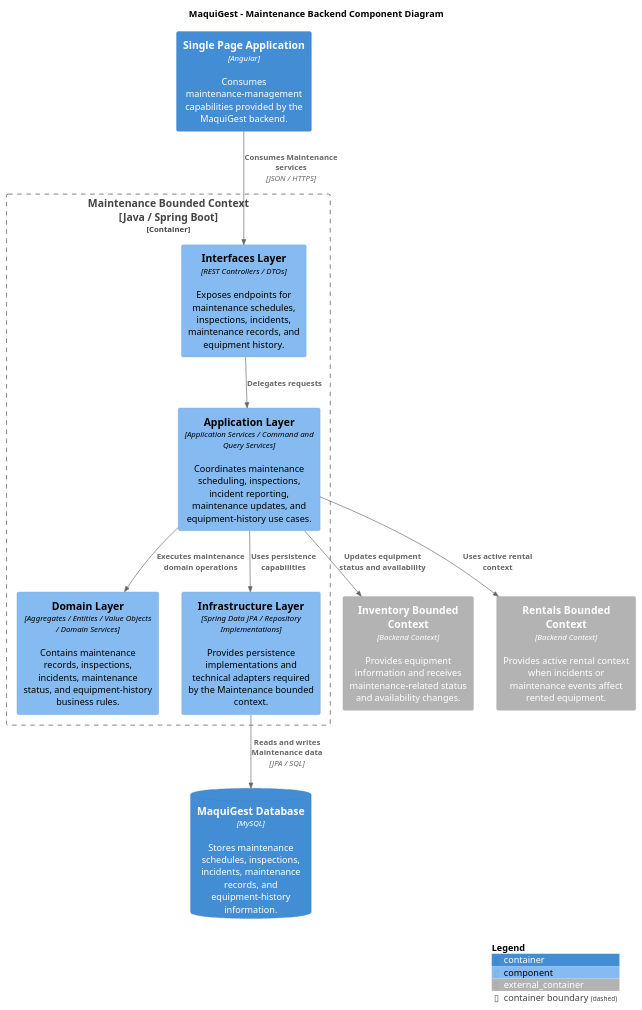
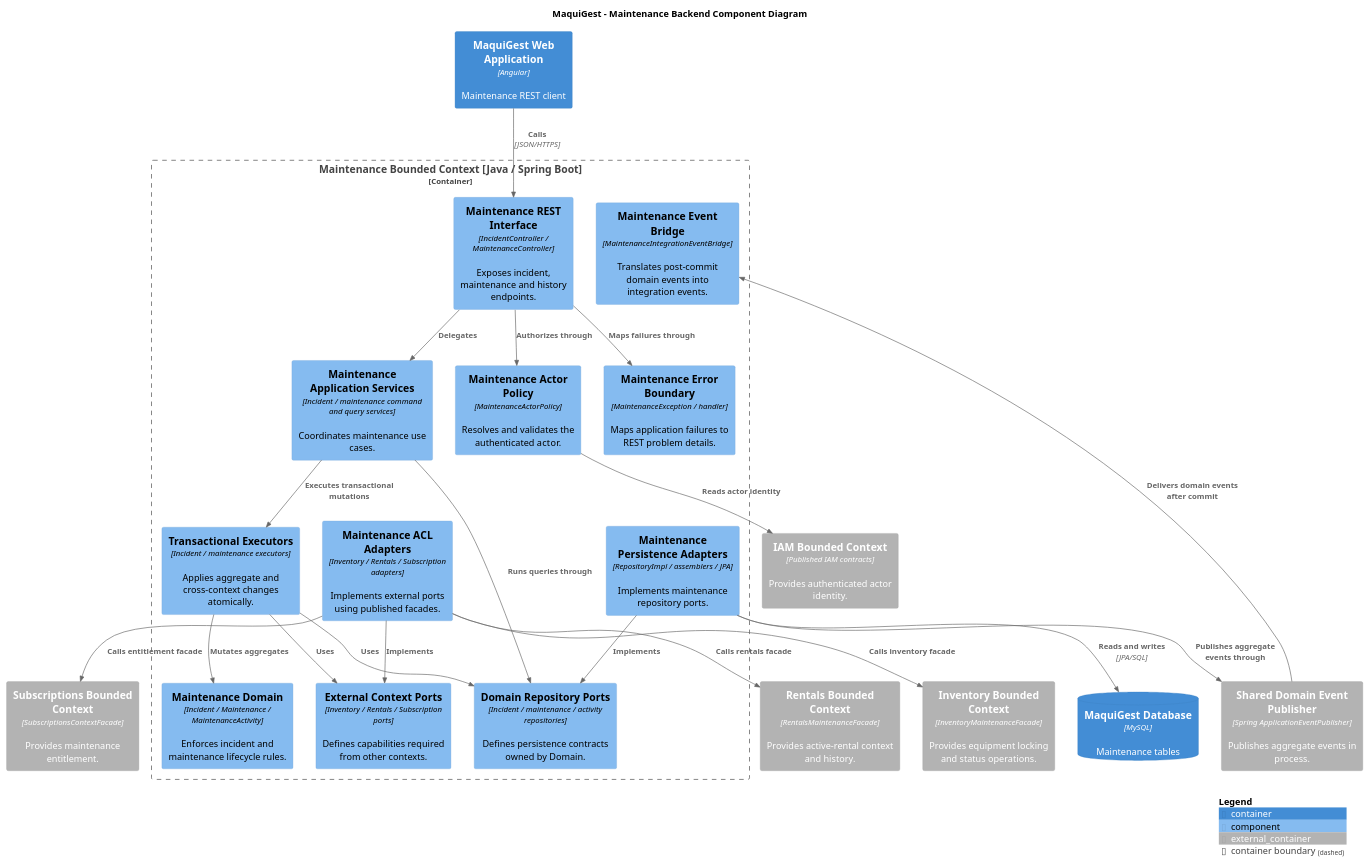
The diagram in assets/plantuml/chapter-4/c4/component/backend/maquigest-backend-maintenance-component-diagram.puml (upc-pre-202620-1asi0729-7750-cleancode/maquigest-report), drawn with PlantUML before and after one commit. The commit also changed 13 other files, not shown here.

Commit message:
fix(docs): update backend component diagrams assets

```diff
--- a/assets/plantuml/chapter-4/c4/component/backend/maquigest-backend-maintenance-component-diagram.puml
+++ b/assets/plantuml/chapter-4/c4/component/backend/maquigest-backend-maintenance-component-diagram.puml
@@ -1,40 +1,43 @@
 @startuml
-
-!include https://raw.githubusercontent.com/plantuml-stdlib/C4-PlantUML/master/C4_Component.puml
-
+!include _includes/C4_Component.puml
 title MaquiGest - Maintenance Backend Component Diagram
-
-Container(spa, "Single Page Application", "Angular", "Consumes maintenance-management capabilities provided by the MaquiGest backend.")
-
-Container_Boundary(maintenanceContext, "Maintenance Bounded Context\n[Java / Spring Boot]") {
-
-    Component(interfacesLayer, "Interfaces Layer", "REST Controllers / DTOs", "Exposes endpoints for maintenance schedules, inspections, incidents, maintenance records, and equipment history.")
-
-    Component(applicationLayer, "Application Layer", "Application Services / Command and Query Services", "Coordinates maintenance scheduling, inspections, incident reporting, maintenance updates, and equipment-history use cases.")
-
-    Component(domainLayer, "Domain Layer", "Aggregates / Entities / Value Objects / Domain Services", "Contains maintenance records, inspections, incidents, maintenance status, and equipment-history business rules.")
-
-    Component(infrastructureLayer, "Infrastructure Layer", "Spring Data JPA / Repository Implementations", "Provides persistence implementations and technical adapters required by the Maintenance bounded context.")
+Container(spa, "MaquiGest Web Application", "Angular", "Maintenance REST client")
+Container_Ext(iam, "IAM Bounded Context", "Published IAM contracts", "Provides authenticated actor identity.")
+Container_Ext(inventory, "Inventory Bounded Context", "InventoryMaintenanceFacade", "Provides equipment locking and status operations.")
+Container_Ext(rentals, "Rentals Bounded Context", "RentalsMaintenanceFacade", "Provides active-rental context and history.")
+Container_Ext(subscriptions, "Subscriptions Bounded Context", "SubscriptionsContextFacade", "Provides maintenance entitlement.")
+Container_Ext(shared, "Shared Domain Event Publisher", "Spring ApplicationEventPublisher", "Publishes aggregate events in process.")
+Container_Boundary(maintenance, "Maintenance Bounded Context [Java / Spring Boot]") {
+ Component(rest, "Maintenance REST Interface", "IncidentController / MaintenanceController", "Exposes incident, maintenance and history endpoints.")
+ Component(policy, "Maintenance Actor Policy", "MaintenanceActorPolicy", "Resolves and validates the authenticated actor.")
+ Component(app, "Maintenance Application Services", "Incident / maintenance command and query services", "Coordinates maintenance use cases.")
+ Component(executors, "Transactional Executors", "Incident / maintenance executors", "Applies aggregate and cross-context changes atomically.")
+ Component(domain, "Maintenance Domain", "Incident / Maintenance / MaintenanceActivity", "Enforces incident and maintenance lifecycle rules.")
+ Component(repoPorts, "Domain Repository Ports", "Incident / maintenance / activity repositories", "Defines persistence contracts owned by Domain.")
+ Component(externalPorts, "External Context Ports", "Inventory / Rentals / Subscription ports", "Defines capabilities required from other contexts.")
+ Component(aclAdapters, "Maintenance ACL Adapters", "Inventory / Rentals / Subscription adapters", "Implements external ports using published facades.")
+ Component(persistence, "Maintenance Persistence Adapters", "RepositoryImpl / assemblers / JPA", "Implements maintenance repository ports.")
+ Component(eventBridge, "Maintenance Event Bridge", "MaintenanceIntegrationEventBridge", "Translates post-commit domain events into integration events.")
+ Component(errors, "Maintenance Error Boundary", "MaintenanceException / handler", "Maps application failures to REST problem details.")
 }
-
-Container_Ext(inventoryContext, "Inventory Bounded Context", "Backend Context", "Provides equipment information and receives maintenance-related status and availability changes.")
-
-Container_Ext(rentalsContext, "Rentals Bounded Context", "Backend Context", "Provides active rental context when incidents or maintenance events affect rented equipment.")
-
-ContainerDb(database, "MaquiGest Database", "MySQL", "Stores maintenance schedules, inspections, incidents, maintenance records, and equipment-history information.")
-
-Rel(spa, interfacesLayer, "Consumes Maintenance services", "JSON / HTTPS")
-
-Rel(interfacesLayer, applicationLayer, "Delegates requests")
-
-Rel(applicationLayer, domainLayer, "Executes maintenance domain operations")
-Rel(applicationLayer, infrastructureLayer, "Uses persistence capabilities")
-
-Rel(applicationLayer, inventoryContext, "Updates equipment status and availability")
-Rel(applicationLayer, rentalsContext, "Uses active rental context")
-
-Rel(infrastructureLayer, database, "Reads and writes Maintenance data", "JPA / SQL")
-
+ContainerDb(db, "MaquiGest Database", "MySQL", "Maintenance tables")
+Rel(spa, rest, "Calls", "JSON/HTTPS")
+Rel(rest, policy, "Authorizes through")
+Rel(policy, iam, "Reads actor identity")
+Rel(rest, app, "Delegates")
+Rel(rest, errors, "Maps failures through")
+Rel(app, executors, "Executes transactional mutations")
+Rel(app, repoPorts, "Runs queries through")
+Rel(executors, domain, "Mutates aggregates")
+Rel(executors, repoPorts, "Uses")
+Rel(executors, externalPorts, "Uses")
+Rel(aclAdapters, externalPorts, "Implements")
+Rel(aclAdapters, inventory, "Calls inventory facade")
+Rel(aclAdapters, rentals, "Calls rentals facade")
+Rel(aclAdapters, subscriptions, "Calls entitlement facade")
+Rel(persistence, repoPorts, "Implements")
+Rel(persistence, db, "Reads and writes", "JPA/SQL")
+Rel(persistence, shared, "Publishes aggregate events through")
+Rel(shared, eventBridge, "Delivers domain events after commit")
 SHOW_LEGEND()
-
 @enduml
```
